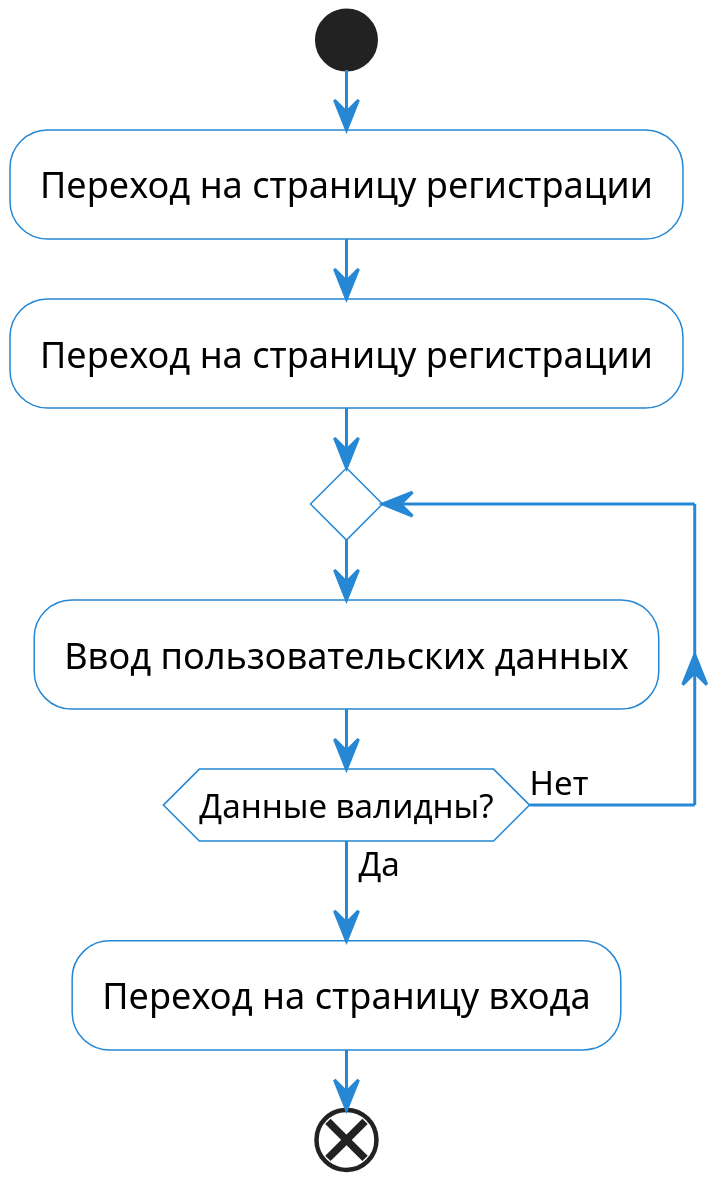
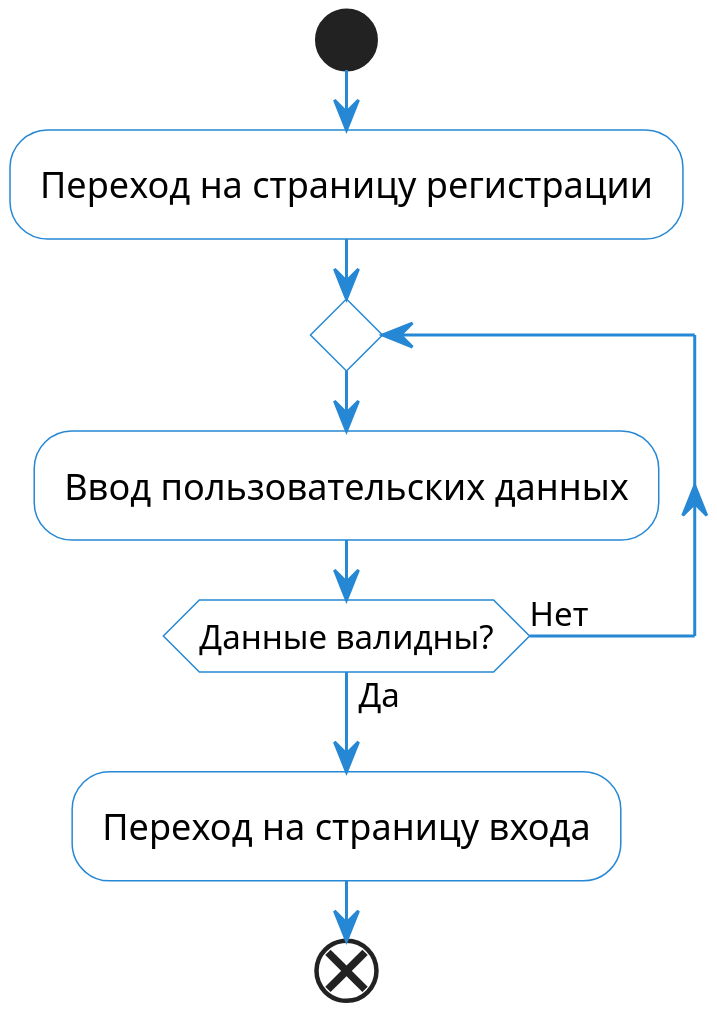
One commit to danilshvalov/databases-lab changed the diagram in puml/register.puml. Above: the diagram before and after it, drawn with PlantUML. The commit also changed 14 other files, not shown here.

```diff
--- a/puml/register.puml
+++ b/puml/register.puml
@@ -1,19 +1,18 @@
 @startuml
 
 scale 3
 skinparam activity {
     BackgroundColor white
     ArrowColor #2688d4
     BorderColor #2688d4
 }
 
 start
 :Переход на страницу регистрации;
-:Переход на страницу регистрации;
 repeat
 :Ввод пользовательских данных;
 repeat while (Данные валидны?) is (Нет) not (Да)
 :Переход на страницу входа;
 end
 
 @enduml
```
